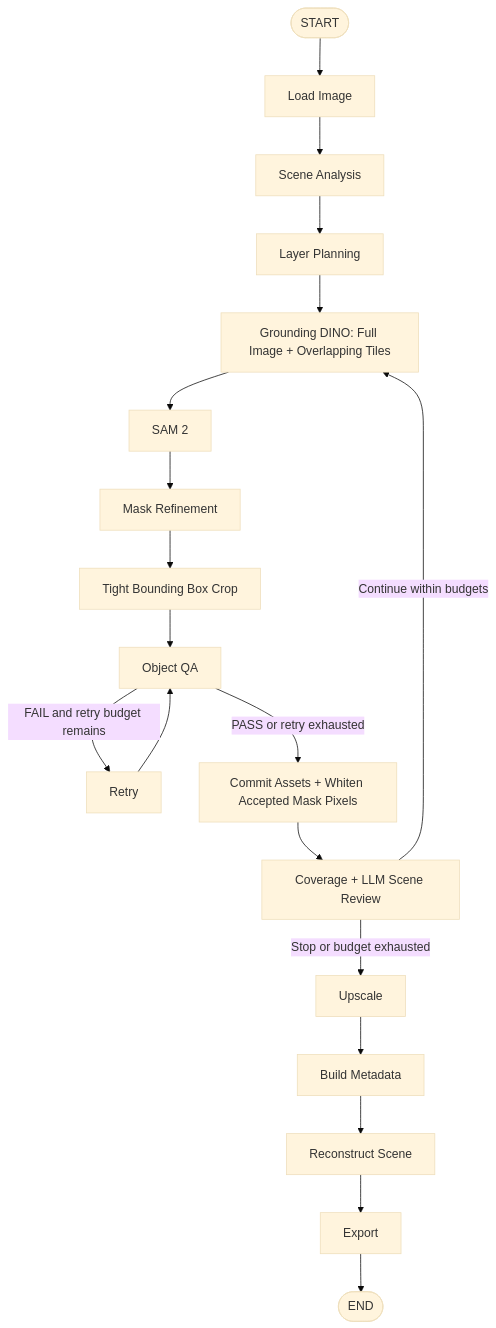
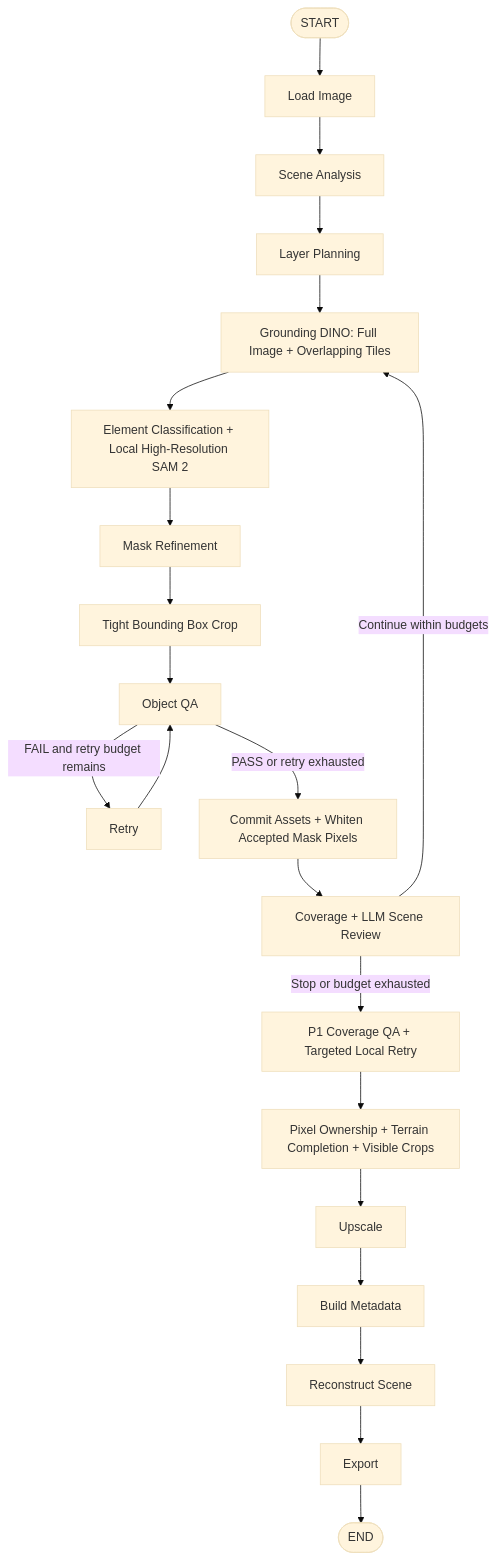
One commit to 1679712850/game-image-reconstruction-pipeline changed the first of 2 diagrams in README.md. Above: the diagram before and after it, drawn with Mermaid (base theme). The commit also changed other lines of this file and 49 other files, not shown here.

Commit message:
feat: add scene decomposition and pixel ownership

````diff
--- a/README.md
+++ b/README.md
@@ -74,38 +85,42 @@
 ```mermaid
 flowchart TD
     START([START])
     LOAD[Load Image]
     ANALYZE[Scene Analysis]
     PLAN[Layer Planning]
     DETECT[Grounding DINO: Full Image + Overlapping Tiles]
-    SEGMENT[SAM 2]
+    SEGMENT[Element Classification + Local High-Resolution SAM 2]
     REFINE[Mask Refinement]
     CROP[Tight Bounding Box Crop]
     QA[Object QA]
     RETRY[Retry]
     REMAIN[Commit Assets + Whiten Accepted Mask Pixels]
     SCENE_QA[Coverage + LLM Scene Review]
+    P1[P1 Coverage QA + Targeted Local Retry]
+    OWNER[Pixel Ownership + Terrain Completion + Visible Crops]
     UPSCALE[Upscale]
     META[Build Metadata]
     REBUILD[Reconstruct Scene]
     EXPORT[Export]
     END([END])
     START --> LOAD
     LOAD --> ANALYZE
     ANALYZE --> PLAN
     PLAN --> DETECT
     DETECT --> SEGMENT
     SEGMENT --> REFINE
     REFINE --> CROP
     CROP --> QA
     QA -->|PASS or retry exhausted| REMAIN
     QA -->|FAIL and retry budget remains| RETRY
     RETRY --> QA
     REMAIN --> SCENE_QA
     SCENE_QA -->|Continue within budgets| DETECT
-    SCENE_QA -->|Stop or budget exhausted| UPSCALE
+    SCENE_QA -->|Stop or budget exhausted| P1
+    P1 --> OWNER
+    OWNER --> UPSCALE
     UPSCALE --> META
     META --> REBUILD
     REBUILD --> EXPORT
     EXPORT --> END
 ```
````
